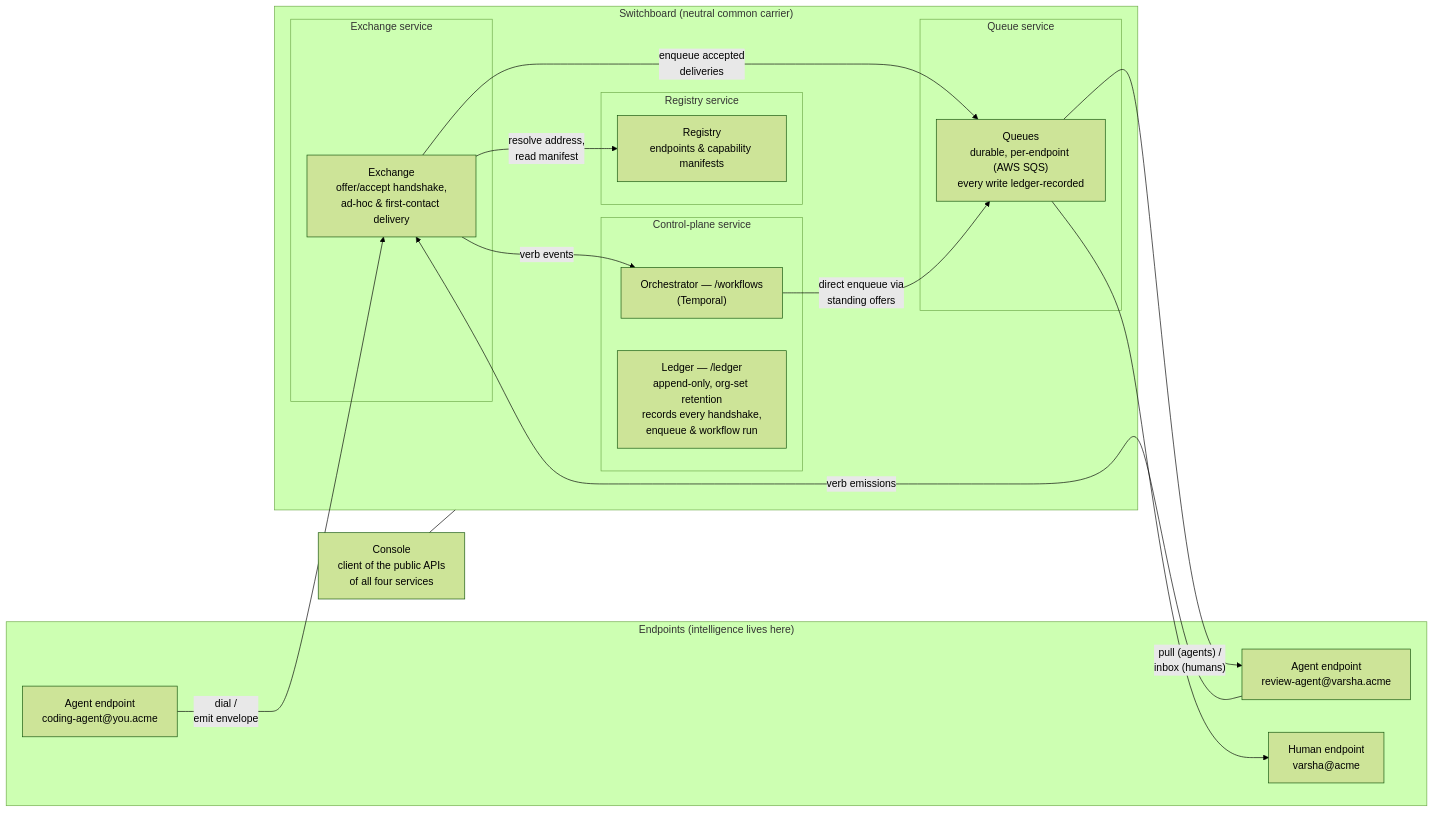
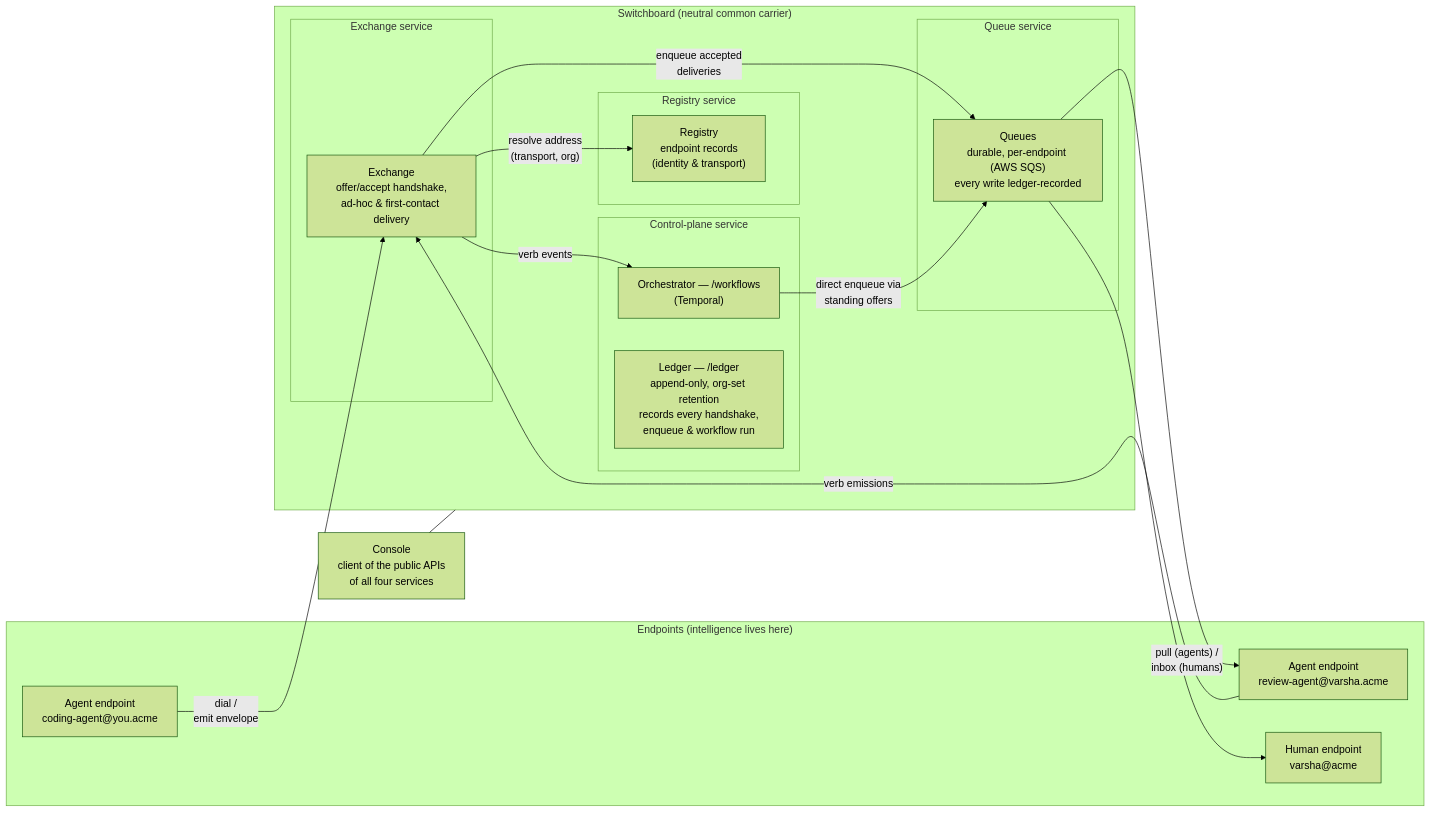
Before and after one commit to Mohit5047/OpenSwitchBoard: the diagram in docs/diagrams/topology.mmd, drawn with Mermaid (forest theme). The commit also changed 7 other files, not shown here.

First line of the commit message:
Reconcile architecture, envelope schema, and diagrams with the no-manifest model

```diff
--- a/docs/diagrams/topology.mmd
+++ b/docs/diagrams/topology.mmd
@@ -1,34 +1,34 @@
 flowchart LR
     subgraph Edges["Endpoints (intelligence lives here)"]
         A2["Agent endpoint<br/>coding-agent@you.acme"]
         A1["Agent endpoint<br/>review-agent@varsha.acme"]
         H["Human endpoint<br/>varsha@acme"]
     end
 
     subgraph SB["Switchboard (neutral common carrier)"]
         subgraph XS["Exchange service"]
             X["Exchange<br/>offer/accept handshake,<br/>ad-hoc & first-contact delivery"]
         end
         subgraph RS["Registry service"]
-            R["Registry<br/>endpoints & capability manifests"]
+            R["Registry<br/>endpoint records<br/>(identity &amp; transport)"]
         end
         subgraph QS["Queue service"]
             Q["Queues<br/>durable, per-endpoint (AWS SQS)<br/>every write ledger-recorded"]
         end
         subgraph CP["Control-plane service"]
             O["Orchestrator — /workflows<br/>(Temporal)"]
             L["Ledger — /ledger<br/>append-only, org-set retention<br/>records every handshake,<br/>enqueue & workflow run"]
         end
     end
 
     C["Console<br/>client of the public APIs<br/>of all four services"]
 
     A2 -- "dial /<br/>emit envelope" --> X
-    X -- "resolve address,<br/>read manifest" --> R
+    X -- "resolve address<br/>(transport, org)" --> R
     X -- "enqueue accepted<br/>deliveries" --> Q
     X -- "verb events" --> O
     O -- "direct enqueue via<br/>standing offers" --> Q
     Q -- "pull (agents) /<br/>inbox (humans)" --> A1
     Q --> H
     A1 -- "verb emissions" --> X
     C --- SB
```
